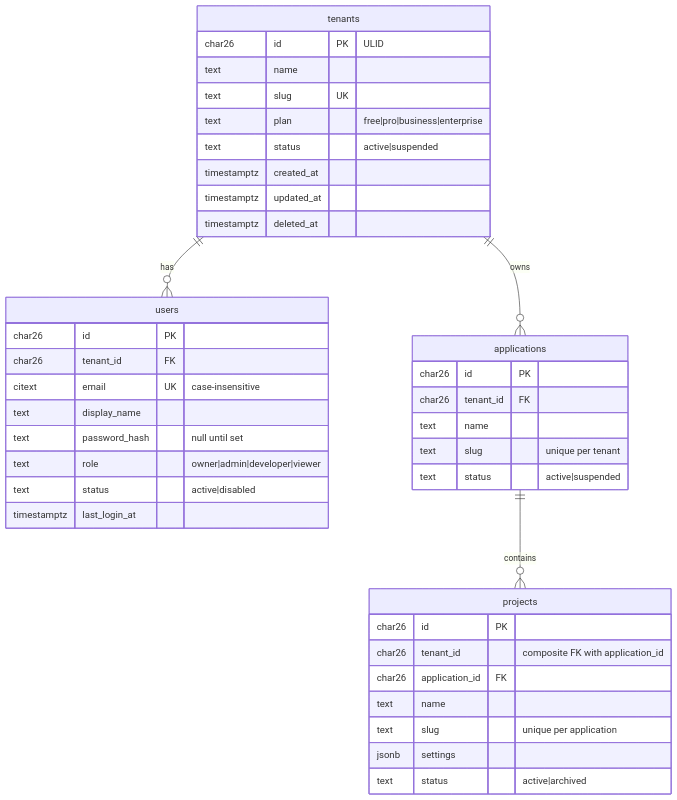
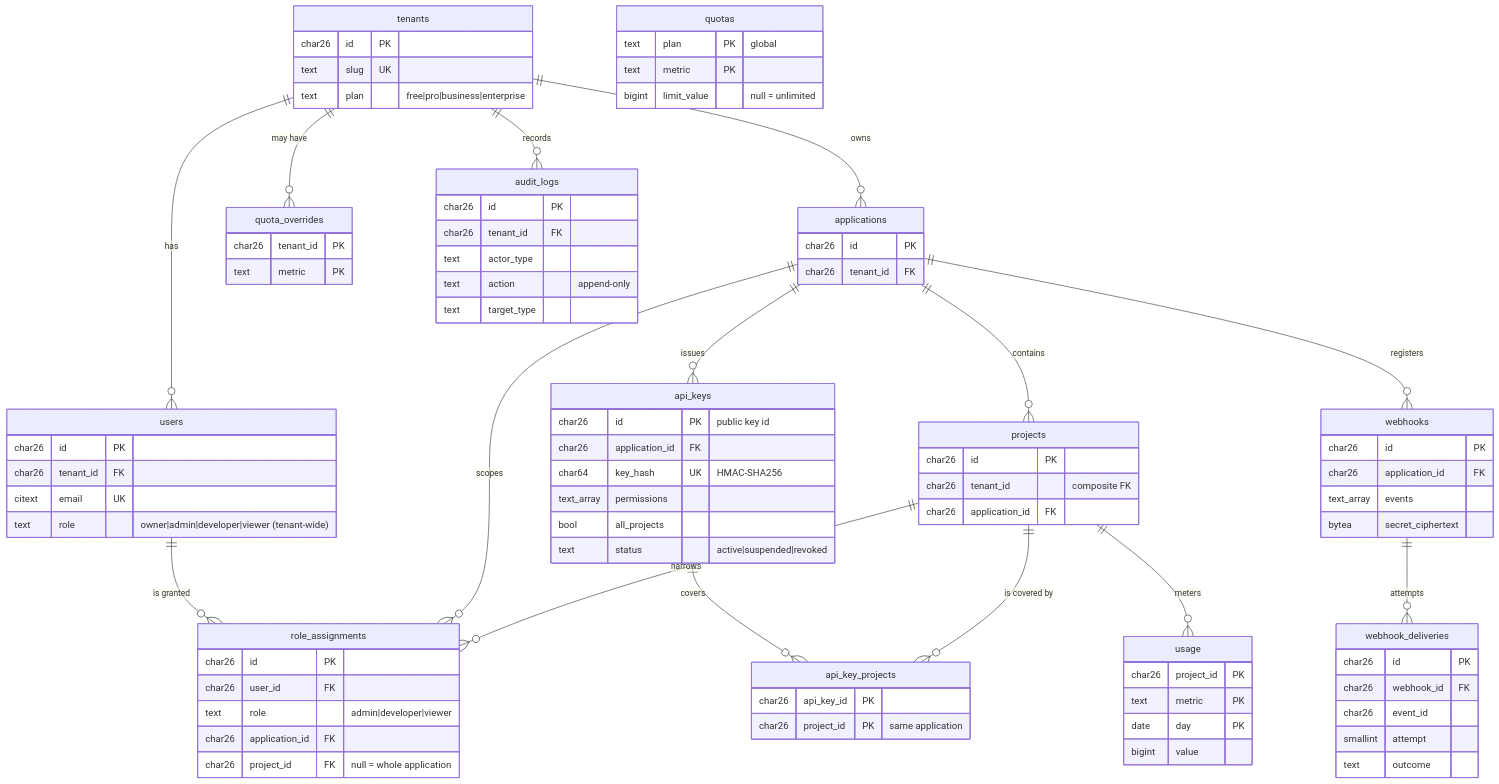
One commit to zed378/image-management changed the first of 2 diagrams in docs/DATABASE/01-ERD.md. Above: the diagram before and after it, drawn with Mermaid. The commit also changed other lines of this file and 32 other files, not shown here.

First line of the commit message:
P1-01: add the full data model with same-project integrity in the schema

````diff
--- a/docs/DATABASE/01-ERD.md
+++ b/docs/DATABASE/01-ERD.md
@@ -20,42 +25,91 @@
 erDiagram
     tenants ||--o{ users : "has"
     tenants ||--o{ applications : "owns"
+    tenants ||--o{ quota_overrides : "may have"
+    tenants ||--o{ audit_logs : "records"
     applications ||--o{ projects : "contains"
+    applications ||--o{ api_keys : "issues"
+    applications ||--o{ webhooks : "registers"
+    users ||--o{ role_assignments : "is granted"
+    applications ||--o{ role_assignments : "scopes"
+    projects ||--o{ role_assignments : "narrows"
+    api_keys ||--o{ api_key_projects : "covers"
+    projects ||--o{ api_key_projects : "is covered by"
+    webhooks ||--o{ webhook_deliveries : "attempts"
+    projects ||--o{ usage : "meters"
 
     tenants {
-        char26 id PK "ULID"
-        text name
+        char26 id PK
         text slug UK
         text plan "free|pro|business|enterprise"
-        text status "active|suspended"
-        timestamptz created_at
-        timestamptz updated_at
-        timestamptz deleted_at
     }
     users {
         char26 id PK
         char26 tenant_id FK
-        citext email UK "case-insensitive"
-        text display_name
-        text password_hash "null until set"
-        text role "owner|admin|developer|viewer"
-        text status "active|disabled"
-        timestamptz last_login_at
+        citext email UK
+        text role "owner|admin|developer|viewer (tenant-wide)"
     }
     applications {
         char26 id PK
         char26 tenant_id FK
-        text name
-        text slug "unique per tenant"
-        text status "active|suspended"
     }
     projects {
         char26 id PK
-        char26 tenant_id "composite FK with application_id"
+        char26 tenant_id "composite FK"
         char26 application_id FK
-        text name
-        text slug "unique per application"
-        jsonb settings
-        text status "active|archived"
+    }
+    role_assignments {
+        char26 id PK
+        char26 user_id FK
+        text role "admin|developer|viewer"
+        char26 application_id FK
+        char26 project_id FK "null = whole application"
+    }
+    api_keys {
+        char26 id PK "public key id"
+        char26 application_id FK
+        char64 key_hash UK "HMAC-SHA256"
+        text_array permissions
+        bool all_projects
+        text status "active|suspended|revoked"
+    }
+    api_key_projects {
+        char26 api_key_id PK
+        char26 project_id PK "same application"
+    }
+    webhooks {
+        char26 id PK
+        char26 application_id FK
+        text_array events
+        bytea secret_ciphertext
+    }
+    webhook_deliveries {
+        char26 id PK
+        char26 webhook_id FK
+        char26 event_id
+        smallint attempt
+        text outcome
+    }
+    usage {
+        char26 project_id PK
+        text metric PK
+        date day PK
+        bigint value
+    }
+    quotas {
+        text plan PK "global"
+        text metric PK
+        bigint limit_value "null = unlimited"
+    }
+    quota_overrides {
+        char26 tenant_id PK
+        text metric PK
+    }
+    audit_logs {
+        char26 id PK
+        char26 tenant_id FK
+        text actor_type
+        text action "append-only"
+        text target_type
     }
 ```
````
